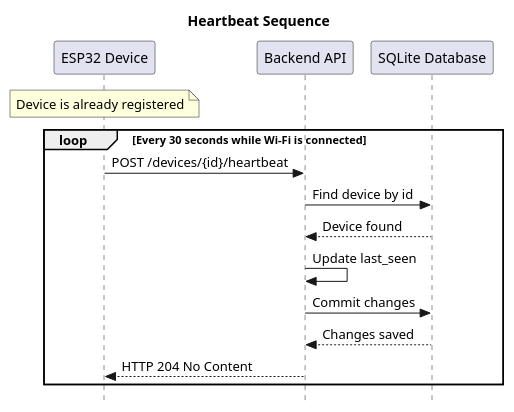
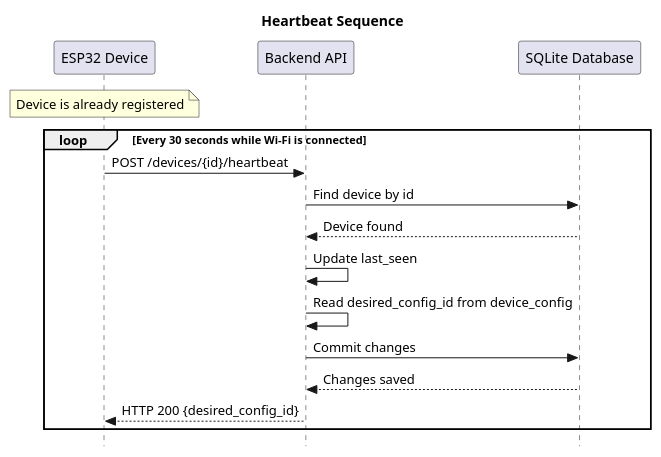
The diagram in docs/diagrams/system/heartbeat_sequence.puml (bobskefeurat/iot-device-platform), drawn with PlantUML before and after one commit. The commit also changed 8 other files, not shown here.

Commit message:
docs: update README and architecture diagrams

```diff
--- a/docs/diagrams/system/heartbeat_sequence.puml
+++ b/docs/diagrams/system/heartbeat_sequence.puml
@@ -1,30 +1,31 @@
 @startuml heartbeat_sequence
 
 skinparam style strictuml
 title "Heartbeat Sequence"
 
 participant "ESP32 Device" as esp32
 participant "Backend API" as backend
 participant "SQLite Database" as db
 
 note over esp32
 Device is already registered
 end note
 
 loop Every 30 seconds while Wi-Fi is connected
 
 esp32 -> backend : POST /devices/{id}/heartbeat
 
 backend -> db : Find device by id
 
 db --> backend : Device found
 
 backend -> backend : Update last_seen
+backend -> backend : Read desired_config_id from device_config
 
 backend -> db : Commit changes
 db --> backend : Changes saved
 
-backend --> esp32 : HTTP 204 No Content
+backend --> esp32 : HTTP 200 {desired_config_id}
 
 end
 @enduml
```
